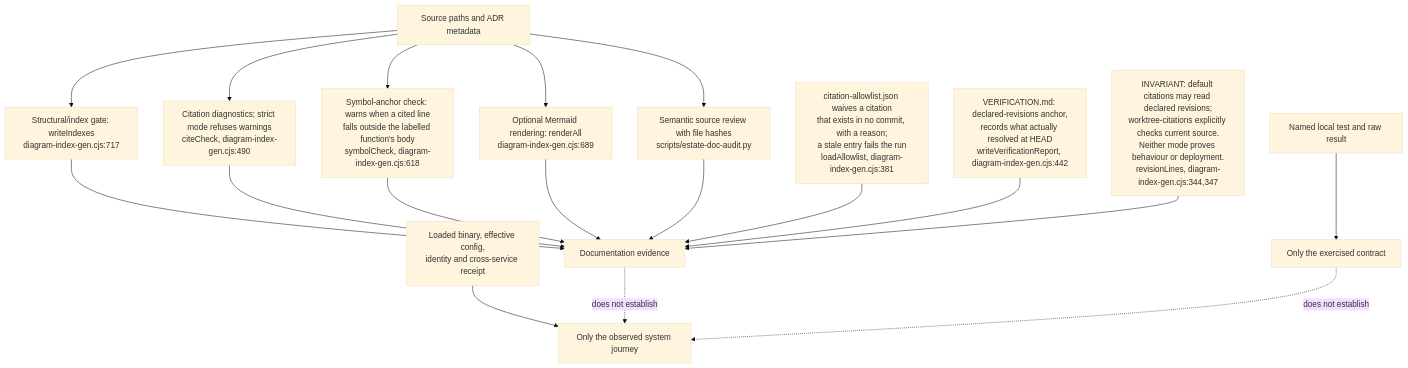
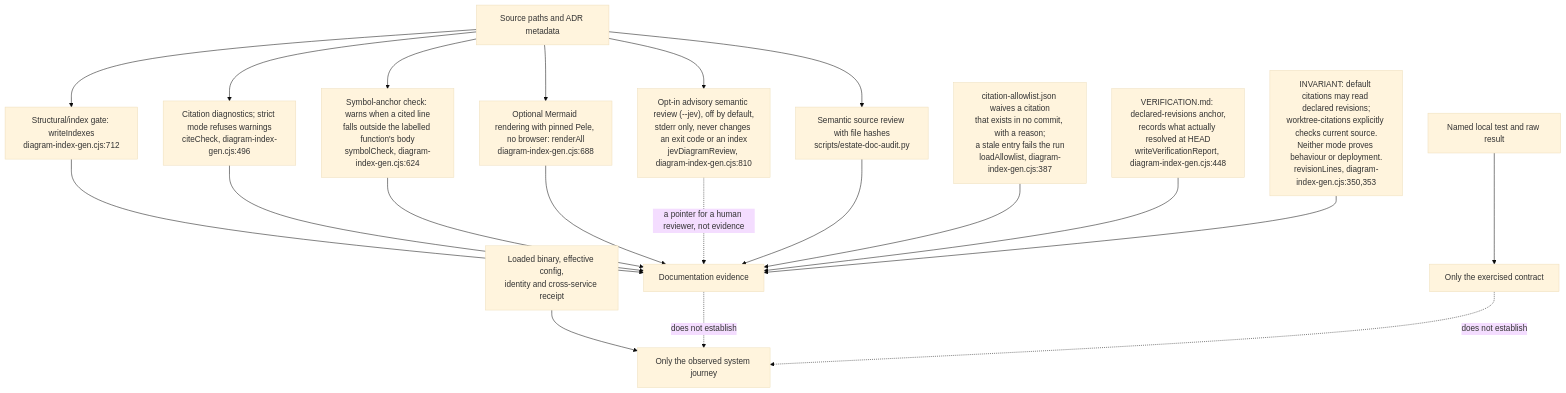
One commit to DreamLab-AI/VisionFlow changed the fifth of 5 diagrams in docs/diagrams/estate/90-evidence-and-supporting-repositories.md. Above: the diagram before and after it, drawn with Mermaid (base theme). The commit also changed other lines of this file and 160 other files, not shown here.

````diff
--- a/docs/diagrams/estate/90-evidence-and-supporting-repositories.md
+++ b/docs/diagrams/estate/90-evidence-and-supporting-repositories.md
@@ -103,20 +106,22 @@
 ```mermaid
 flowchart TB
-    F["Source paths and ADR metadata"] --> G["Structural/index gate: writeIndexes<br/>diagram-index-gen.cjs:717"]
-    F --> C["Citation diagnostics; strict mode refuses warnings<br/>citeCheck, diagram-index-gen.cjs:490"]
-    F --> SYM["Symbol-anchor check: warns when a cited line<br/>falls outside the labelled function's body<br/>symbolCheck, diagram-index-gen.cjs:618"]
-    F --> R["Optional Mermaid rendering: renderAll<br/>diagram-index-gen.cjs:689"]
+    F["Source paths and ADR metadata"] --> G["Structural/index gate: writeIndexes<br/>diagram-index-gen.cjs:712"]
+    F --> C["Citation diagnostics; strict mode refuses warnings<br/>citeCheck, diagram-index-gen.cjs:496"]
+    F --> SYM["Symbol-anchor check: warns when a cited line<br/>falls outside the labelled function's body<br/>symbolCheck, diagram-index-gen.cjs:624"]
+    F --> JEV["Opt-in advisory semantic review (--jev), off by default,<br/>stderr only, never changes an exit code or an index<br/>jevDiagramReview, diagram-index-gen.cjs:810"]
+    F --> R["Optional Mermaid rendering with pinned Pele, no browser: renderAll<br/>diagram-index-gen.cjs:688"]
     F --> S["Semantic source review with file hashes<br/>scripts/estate-doc-audit.py"]
     G --> DOC["Documentation evidence"]
     C --> DOC
     SYM --> DOC
     R --> DOC
+    JEV -.->|"a pointer for a human reviewer, not evidence"| DOC
     S --> DOC
-    ALLOW["citation-allowlist.json waives a citation<br/>that exists in no commit, with a reason;<br/>a stale entry fails the run<br/>loadAllowlist, diagram-index-gen.cjs:381"] --> DOC
-    VER["VERIFICATION.md: declared-revisions anchor,<br/>records what actually resolved at HEAD<br/>writeVerificationReport, diagram-index-gen.cjs:442"] --> DOC
+    ALLOW["citation-allowlist.json waives a citation<br/>that exists in no commit, with a reason;<br/>a stale entry fails the run<br/>loadAllowlist, diagram-index-gen.cjs:387"] --> DOC
+    VER["VERIFICATION.md: declared-revisions anchor,<br/>records what actually resolved at HEAD<br/>writeVerificationReport, diagram-index-gen.cjs:448"] --> DOC
     TEST["Named local test and raw result"] --> LOCAL["Only the exercised contract"]
     RUN["Loaded binary, effective config,<br/>identity and cross-service receipt"] --> ACCEPT["Only the observed system journey"]
     DOC -.->|"does not establish"| ACCEPT
     LOCAL -.->|"does not establish"| ACCEPT
-    NOTE["INVARIANT: default citations may read declared revisions;<br/>worktree-citations explicitly checks current source.<br/>Neither mode proves behaviour or deployment.<br/>revisionLines, diagram-index-gen.cjs:344,347"] --> DOC
+    NOTE["INVARIANT: default citations may read declared revisions;<br/>worktree-citations explicitly checks current source.<br/>Neither mode proves behaviour or deployment.<br/>revisionLines, diagram-index-gen.cjs:350,353"] --> DOC
 ```
````
